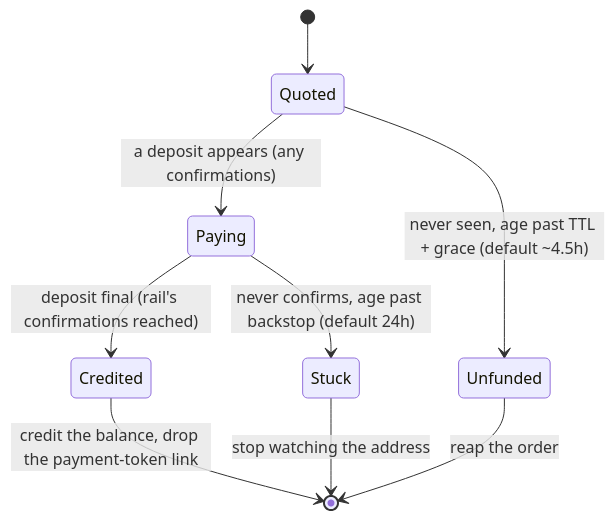
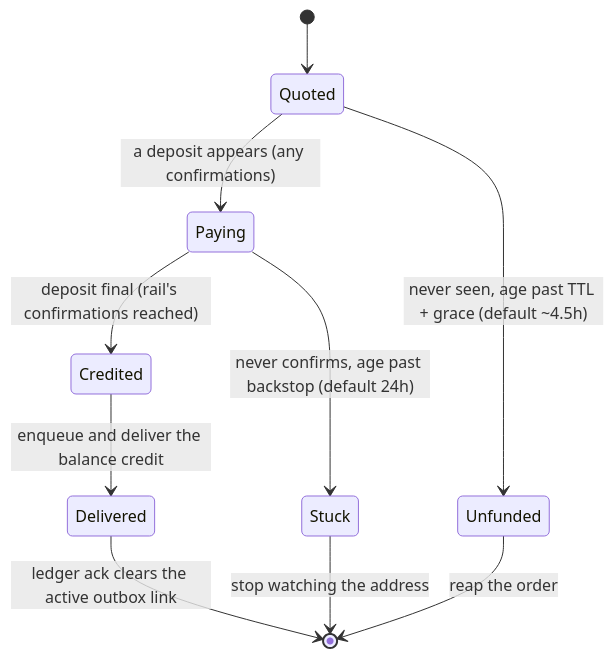
The first of 2 diagrams in docs/billing-model.md (nullsink/nullsink), drawn with Mermaid before and after one commit. The commit also changed other lines of this file and 51 other files, not shown here.

````diff
--- a/docs/billing-model.md
+++ b/docs/billing-model.md
@@ -79,11 +89,12 @@
 ```mermaid
 stateDiagram-v2
     [*] --> Quoted
     Quoted --> Paying: a deposit appears (any confirmations)
     Quoted --> Unfunded: never seen, age past TTL + grace (default ~4.5h)
     Paying --> Credited: deposit final (rail's confirmations reached)
     Paying --> Stuck: never confirms, age past backstop (default 24h)
-    Credited --> [*]: credit the balance, drop the payment-token link
+    Credited --> Delivered: enqueue and deliver the balance credit
+    Delivered --> [*]: ledger ack clears the active outbox link
     Unfunded --> [*]: reap the order
     Stuck --> [*]: stop watching the address
 ```
````
